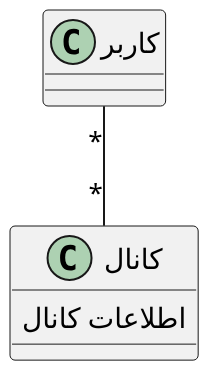
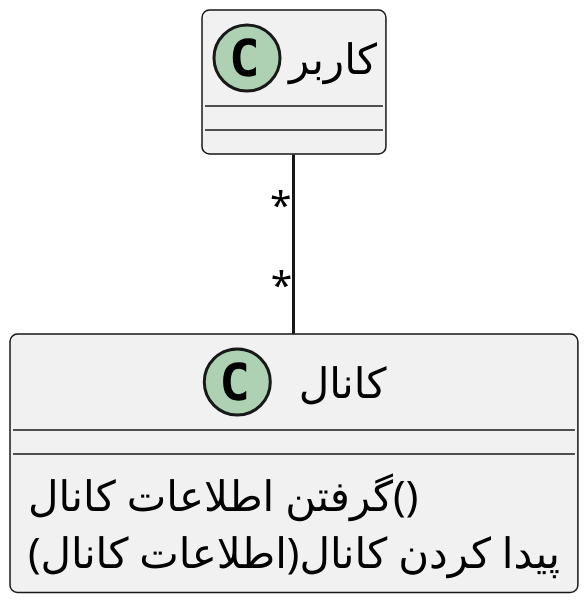
One commit to soleyman79/Qasedak changed the diagram in Diagrams/Class/searchChanel.puml. Above: the diagram before and after it, drawn with PlantUML. The commit also changed 7 other files, not shown here.

```diff
--- a/Diagrams/Class/searchChanel.puml
+++ b/Diagrams/Class/searchChanel.puml
@@ -1,16 +1,17 @@
 @startuml search_chanel
 
-scale 2
+scale 3
 skinparam DefaultFontName B Nazanin
 
 
 class "کاربر" as user {
 }
 
 class "کانال" as chanel {
-    اطلاعات کانال
+    گرفتن اطلاعات کانال()
+    پیدا کردن کانال(اطلاعات کانال)
 }
 
 user "*" -- "*" chanel
 
 @enduml
```
